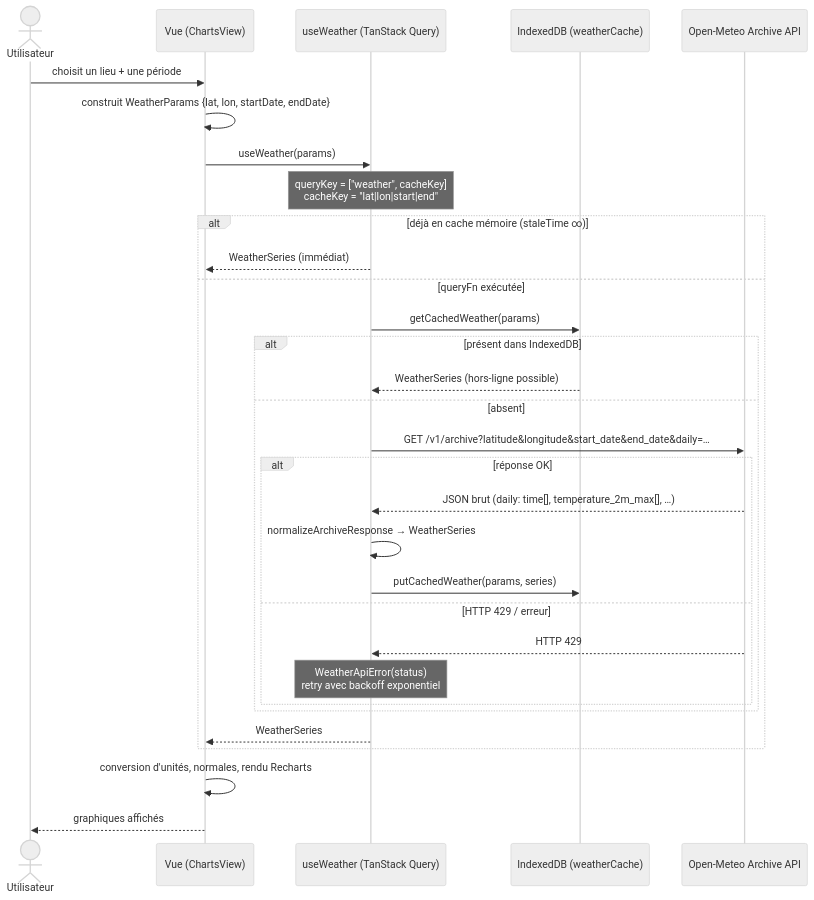
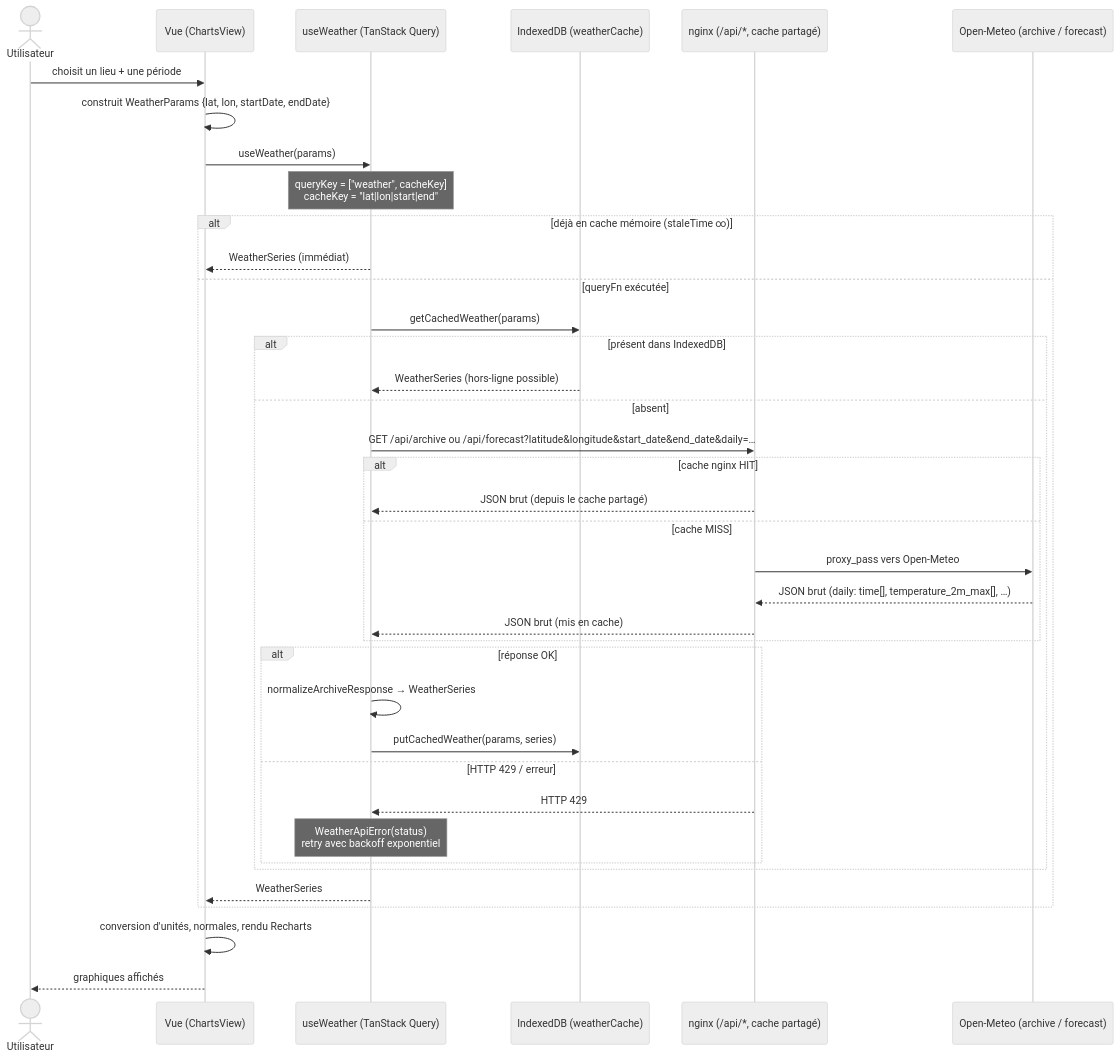
Before and after one commit to pleymor/weather-archive: the diagram in README.md, drawn with Mermaid (neutral theme). The commit also changed other lines of this file, not shown here.

First line of the commit message:
docs: update README for /api proxy, 3-mode nav, and map Min/Max

````diff
--- a/README.md
+++ b/README.md
@@ -68,35 +86,42 @@
 ```mermaid
 sequenceDiagram
     actor U as Utilisateur
     participant V as Vue (ChartsView)
     participant Q as useWeather (TanStack Query)
     participant C as IndexedDB (weatherCache)
-    participant API as Open-Meteo Archive API
+    participant N as nginx (/api/*, cache partagé)
+    participant API as Open-Meteo (archive / forecast)
 
     U->>V: choisit un lieu + une période
     V->>V: construit WeatherParams {lat, lon, startDate, endDate}
     V->>Q: useWeather(params)
     Note over Q: queryKey = ["weather", cacheKey]<br/>cacheKey = "lat|lon|start|end"
 
     alt déjà en cache mémoire (staleTime ∞)
         Q-->>V: WeatherSeries (immédiat)
     else queryFn exécutée
         Q->>C: getCachedWeather(params)
         alt présent dans IndexedDB
             C-->>Q: WeatherSeries (hors-ligne possible)
         else absent
-            Q->>API: GET /v1/archive?latitude&longitude&start_date&end_date&daily=…
+            Q->>N: GET /api/archive ou /api/forecast?latitude&longitude&start_date&end_date&daily=…
+            alt cache nginx HIT
+                N-->>Q: JSON brut (depuis le cache partagé)
+            else cache MISS
+                N->>API: proxy_pass vers Open-Meteo
+                API-->>N: JSON brut (daily: time[], temperature_2m_max[], …)
+                N-->>Q: JSON brut (mis en cache)
+            end
             alt réponse OK
-                API-->>Q: JSON brut (daily: time[], temperature_2m_max[], …)
                 Q->>Q: normalizeArchiveResponse → WeatherSeries
                 Q->>C: putCachedWeather(params, series)
             else HTTP 429 / erreur
-                API-->>Q: HTTP 429
+                N-->>Q: HTTP 429
                 Note over Q: WeatherApiError(status)<br/>retry avec backoff exponentiel
             end
         end
         Q-->>V: WeatherSeries
     end
     V->>V: conversion d'unités, normales, rendu Recharts
     V-->>U: graphiques affichés
 ```
````
